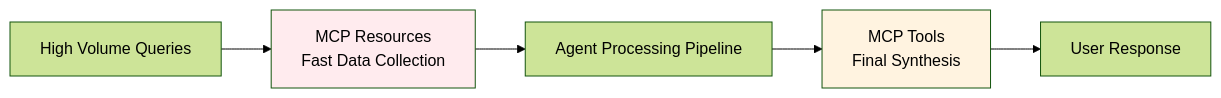
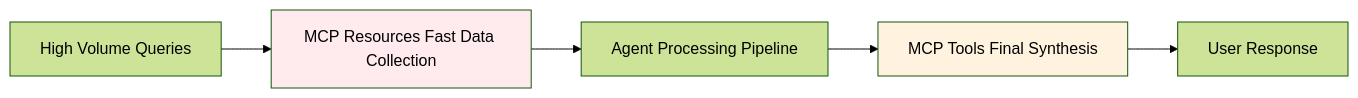
The sixth of 7 diagrams in README.md (donbr/adv-rag), drawn with Mermaid (forest theme) before and after one commit. The commit also changed other lines of this file, not shown here.

Commit message:
diagram fixes

````diff
--- a/README.md
+++ b/README.md
@@ -520,10 +520,10 @@
 ```mermaid
 graph LR
-    A[High Volume Queries] --> B[MCP Resources<br/>Fast Data Collection]
+    A[High Volume Queries] --> B[MCP Resources Fast Data Collection]
     B --> C[Agent Processing Pipeline]
-    C --> D[MCP Tools<br/>Final Synthesis]
+    C --> D[MCP Tools Final Synthesis]
     D --> E[User Response]
     
     style B fill:#ffebee
     style D fill:#fff3e0
 ```
````
